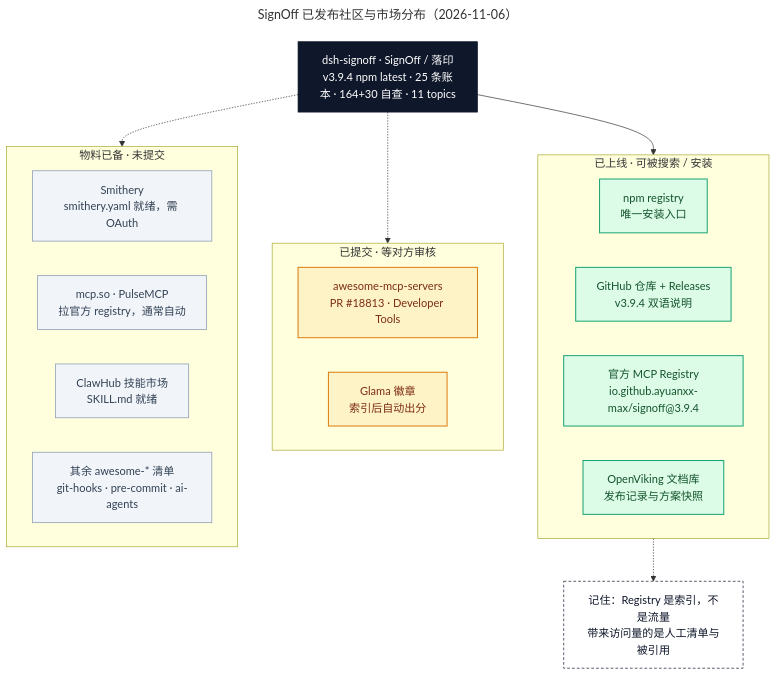
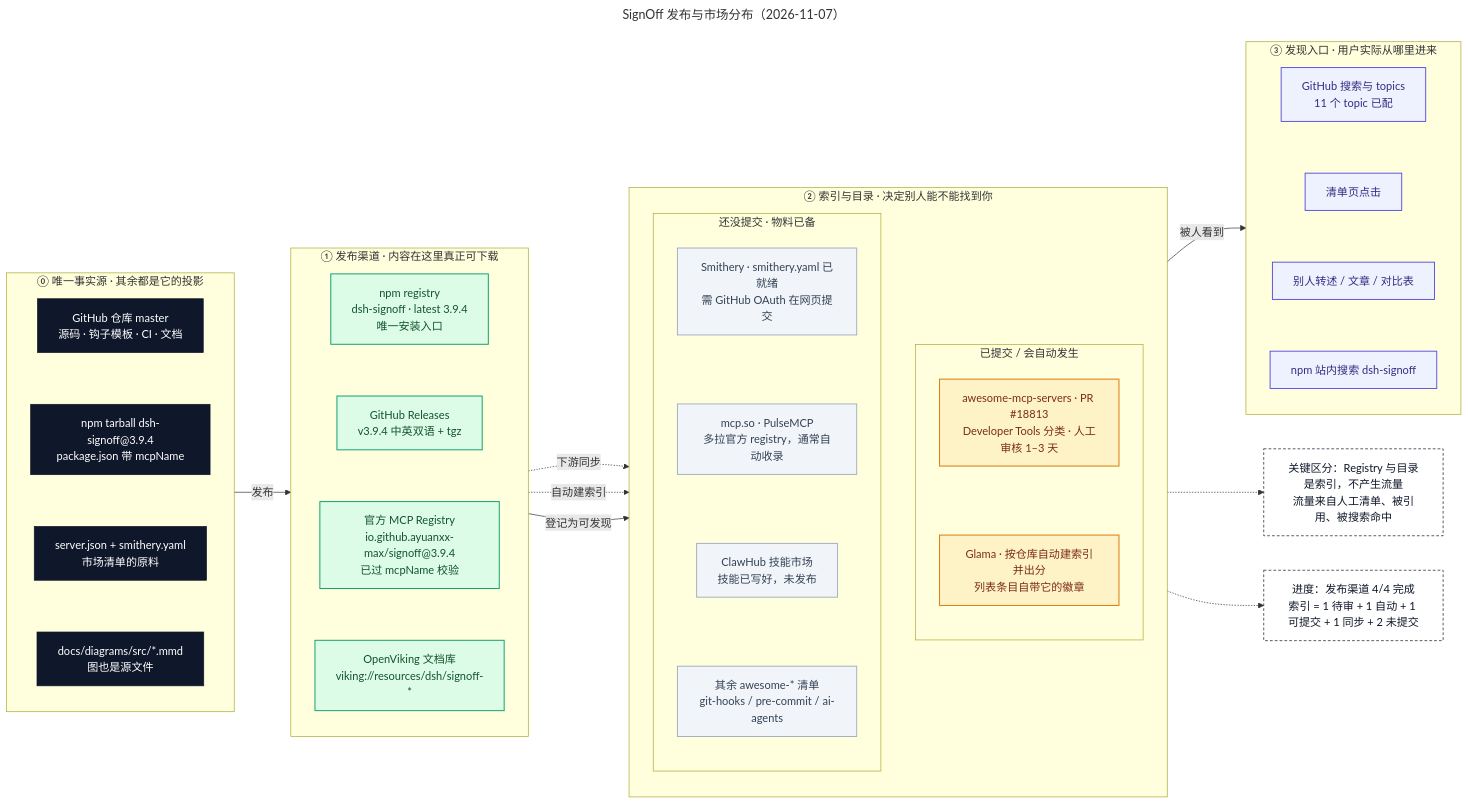
The diagram in docs/diagrams/src/signoff-2-market.mmd (ayuanxx-max/dsh-signoff), drawn with Mermaid before and after one commit. The commit also changed 9 other files, not shown here.

Commit message:
docs: 三张 Mermaid 图重做，README 增加「一张图看懂」；版本 3.9.5 Signoff-Pass: 8d9d8f7367dd

```diff
--- a/docs/diagrams/src/signoff-2-market.mmd
+++ b/docs/diagrams/src/signoff-2-market.mmd
@@ -1,45 +1,72 @@
 ---
-title: SignOff 已发布社区与市场分布（2026-11-06）
+title: SignOff 发布与市场分布（2026-11-07）
 ---
-flowchart TB
-  H["dsh-signoff · SignOff / 落印<br/>v3.9.4 npm latest · 25 条账本 · 164+30 自查 · 11 topics"]
-
-  subgraph LIVE["已上线 · 可被搜索 / 安装"]
-    direction LR
-    M1["npm registry<br/>唯一安装入口"]
-    M2["GitHub 仓库 + Releases<br/>v3.9.4 双语说明"]
-    M3["官方 MCP Registry<br/>io.github.ayuanxx-max/signoff@3.9.4"]
-    M4["OpenViking 文档库<br/>发布记录与方案快照"]
+flowchart LR
+  subgraph SRC["⓪ 唯一事实源 · 其余都是它的投影"]
+    direction TB
+    R1["GitHub 仓库 master<br/>源码 · 钩子模板 · CI · 文档"]
+    R2["npm tarball dsh-signoff@3.9.4<br/>package.json 带 mcpName"]
+    R3["server.json + smithery.yaml<br/>市场清单的原料"]
+    R4["docs/diagrams/src/*.mmd<br/>图也是源文件"]
+    R1 ~~~ R2 ~~~ R3 ~~~ R4
   end
 
-  subgraph PEND["已提交 · 等对方审核"]
-    direction LR
-    M5["awesome-mcp-servers<br/>PR #18813 · Developer Tools"]
-    M6["Glama 徽章<br/>索引后自动出分"]
+  subgraph PUB["① 发布渠道 · 内容在这里真正可下载"]
+    direction TB
+    C1["npm registry<br/>dsh-signoff · latest 3.9.4<br/>唯一安装入口"]
+    C2["GitHub Releases<br/>v3.9.4 中英双语 + tgz"]
+    C3["官方 MCP Registry<br/>io.github.ayuanxx-max/signoff@3.9.4<br/>已过 mcpName 校验"]
+    C4["OpenViking 文档库<br/>viking://resources/dsh/signoff-*"]
+    C1 ~~~ C2 ~~~ C3 ~~~ C4
   end
 
-  subgraph READY["物料已备 · 未提交"]
-    direction LR
-    M7["Smithery<br/>smithery.yaml 就绪，需 OAuth"]
-    M8["mcp.so · PulseMCP<br/>拉官方 registry，通常自动"]
-    M9["ClawHub 技能市场<br/>SKILL.md 就绪"]
-    M10["其余 awesome-* 清单<br/>git-hooks · pre-commit · ai-agents"]
+  subgraph IDX["② 索引与目录 · 决定别人能不能找到你"]
+    direction TB
+    subgraph IDXP["已提交 / 会自动发生"]
+      direction TB
+      I1["awesome-mcp-servers · PR #18813<br/>Developer Tools 分类 · 人工审核 1–3 天"]
+      I2["Glama · 按仓库自动建索引并出分<br/>列表条目自带它的徽章"]
+      I1 ~~~ I2
+    end
+    subgraph IDXR["还没提交 · 物料已备"]
+      direction TB
+      I3["Smithery · smithery.yaml 已就绪<br/>需 GitHub OAuth 在网页提交"]
+      I4["mcp.so · PulseMCP<br/>多拉官方 registry，通常自动收录"]
+      I5["ClawHub 技能市场<br/>技能已写好，未发布"]
+      I6["其余 awesome-* 清单<br/>git-hooks / pre-commit / ai-agents"]
+      I3 ~~~ I4 ~~~ I5 ~~~ I6
+    end
   end
 
-  N["记住：Registry 是索引，不是流量<br/>带来访问量的是人工清单与被引用"]
+  subgraph SEE["③ 发现入口 · 用户实际从哪里进来"]
+    direction TB
+    V1["GitHub 搜索与 topics<br/>11 个 topic 已配"]
+    V2["清单页点击"]
+    V3["别人转述 / 文章 / 对比表"]
+    V4["npm 站内搜索 dsh-signoff"]
+    V1 ~~~ V2 ~~~ V3 ~~~ V4
+  end
 
-  H --> LIVE
-  H -.-> PEND
-  H -.-> READY
-  M3 -.-> N
+  N1["关键区分：Registry 与目录是索引，不产生流量<br/>流量来自人工清单、被引用、被搜索命中"]
+  N2["进度：发布渠道 4/4 完成<br/>索引 = 1 待审 + 1 自动 + 1 可提交 + 1 同步 + 2 未提交"]
 
-  classDef hub fill:#0f172a,stroke:#0f172a,color:#ffffff
-  classDef live fill:#dcfce7,stroke:#0e9f6e,stroke-width:1.4px,color:#14532d
-  classDef pend fill:#fef3c7,stroke:#d97706,stroke-width:1.4px,color:#7c2d12
-  classDef ready fill:#f1f5f9,stroke:#94a3b8,stroke-width:1.2px,color:#334155
+  SRC -->|发布| PUB
+  PUB -->|登记为可发现| IDX
+  IDX -->|被人看到| SEE
+  C3 -.->|下游同步| I4
+  C2 -.->|自动建索引| I2
+  IDX -.-> N1
+  IDX -.-> N2
+
+  classDef src fill:#0f172a,stroke:#0f172a,color:#ffffff
+  classDef pub fill:#dcfce7,stroke:#0e9f6e,stroke-width:1.4px,color:#14532d
+  classDef pending fill:#fef3c7,stroke:#d97706,stroke-width:1.4px,color:#7c2d12
+  classDef todo fill:#f1f5f9,stroke:#94a3b8,stroke-width:1.2px,color:#334155
+  classDef see fill:#eef2ff,stroke:#4f46e5,stroke-width:1.3px,color:#312e81
   classDef note fill:#ffffff,stroke:#0f172a,stroke-dasharray:4 3,color:#0f172a
-  class H hub
-  class M1,M2,M3,M4 live
-  class M5,M6 pend
-  class M7,M8,M9,M10 ready
-  class N note
+  class R1,R2,R3,R4 src
+  class C1,C2,C3,C4 pub
+  class I1,I2 pending
+  class I3,I4,I5,I6 todo
+  class V1,V2,V3,V4 see
+  class N1,N2 note
```
